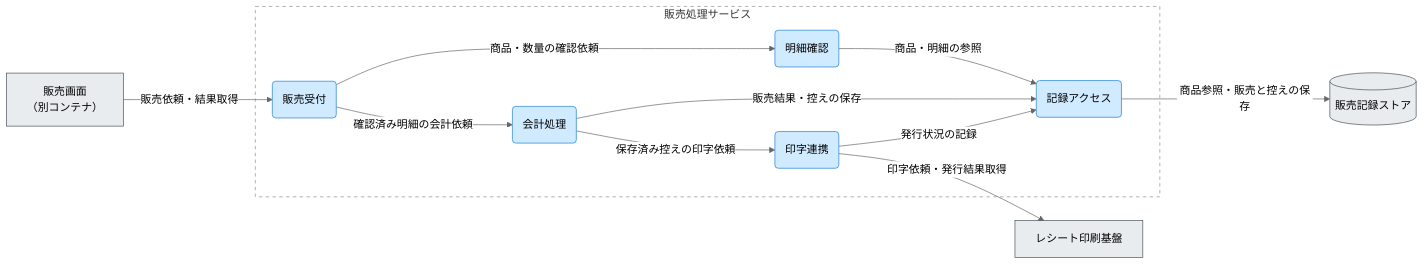
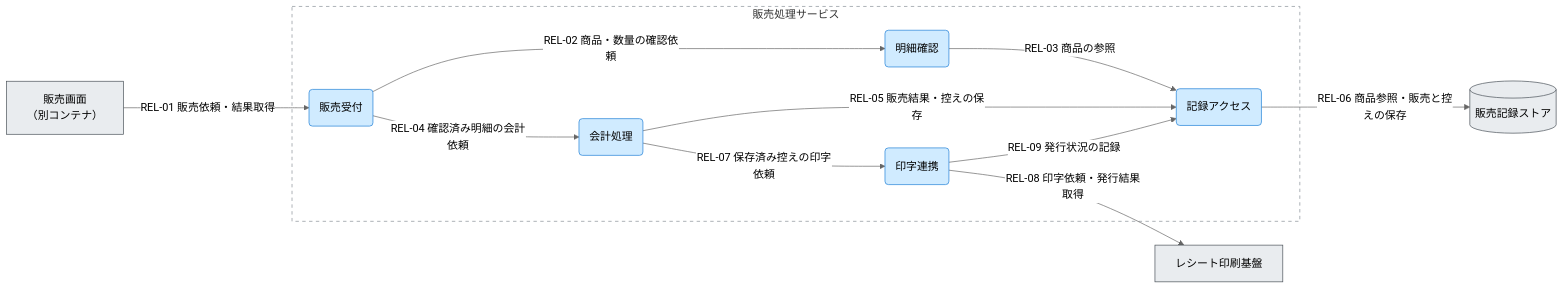
One commit to specdojo/specdojo changed the diagram in docs/ja/specdojo/samples/cpd-sample.md. Above: the diagram before and after it, drawn with Mermaid (neutral theme). The commit also changed other lines of this file and 5 other files, not shown here.

````diff
--- a/docs/ja/specdojo/samples/cpd-sample.md
+++ b/docs/ja/specdojo/samples/cpd-sample.md
@@ -25,30 +28,30 @@
 ```mermaid
 flowchart LR
   販売画面["販売画面<br>（別コンテナ）"]
   販売記録[("販売記録ストア")]
   印刷基盤["レシート印刷基盤"]
 
   subgraph 境界["販売処理サービス"]
     受付("販売受付")
     明細確認("明細確認")
     会計("会計処理")
     保存("記録アクセス")
     印字("印字連携")
   end
 
-  販売画面 -->|"販売依頼・結果取得"| 受付
-  受付 -->|"商品・数量の確認依頼"| 明細確認
-  明細確認 -->|"商品・明細の参照"| 保存
-  受付 -->|"確認済み明細の会計依頼"| 会計
-  会計 -->|"販売結果・控えの保存"| 保存
-  保存 -->|"商品参照・販売と控えの保存"| 販売記録
-  会計 -->|"保存済み控えの印字依頼"| 印字
-  印字 -->|"印字依頼・発行結果取得"| 印刷基盤
-  印字 -->|"発行状況の記録"| 保存
+  販売画面 -->|"REL-01 販売依頼・結果取得"| 受付
+  受付 -->|"REL-02 商品・数量の確認依頼"| 明細確認
+  明細確認 -->|"REL-03 商品の参照"| 保存
+  受付 -->|"REL-04 確認済み明細の会計依頼"| 会計
+  会計 -->|"REL-05 販売結果・控えの保存"| 保存
+  保存 -->|"REL-06 商品参照・販売と控えの保存"| 販売記録
+  会計 -->|"REL-07 保存済み控えの印字依頼"| 印字
+  印字 -->|"REL-08 印字依頼・発行結果取得"| 印刷基盤
+  印字 -->|"REL-09 発行状況の記録"| 保存
 
   classDef system fill:#d0ebff,stroke:#1c7ed6,color:#000;
   classDef external fill:#e9ecef,stroke:#495057,color:#000;
   class 受付,明細確認,会計,保存,印字 system;
   class 販売画面,販売記録,印刷基盤 external;
   style 境界 fill:#ffffff,fill-opacity:0,stroke:#868e96,stroke-width:1px,stroke-dasharray: 5 5;
 ```
````
